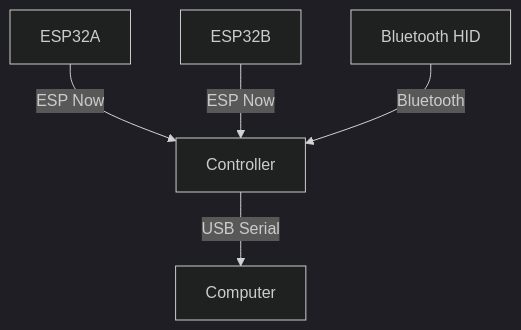
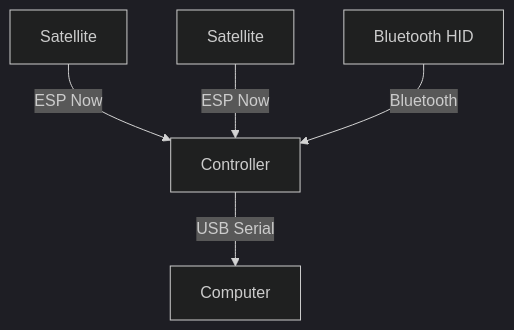
Before and after one commit to gabuscuv/Presentations-slidev: the diagram in presentations/microcontrollers/slides.md, drawn with Mermaid (dark theme). The commit also changed other lines of this file and 8 other files, not shown here.

````diff
--- a/presentations/microcontrollers/slides.md
+++ b/presentations/microcontrollers/slides.md
@@ -151,7 +174,7 @@
 ```mermaid
 flowchart TD
-    A[ESP32A] -->|ESP Now| Endpoint
-    B[ESP32B] -->|ESP Now| Endpoint
+    A[Satellite] -->|ESP Now| Endpoint
+    B[Satellite] -->|ESP Now| Endpoint
     C[Bluetooth HID] -->|Bluetooth| Endpoint
     Endpoint[Controller] -->|USB Serial| Computer[Computer]
 ```
````
